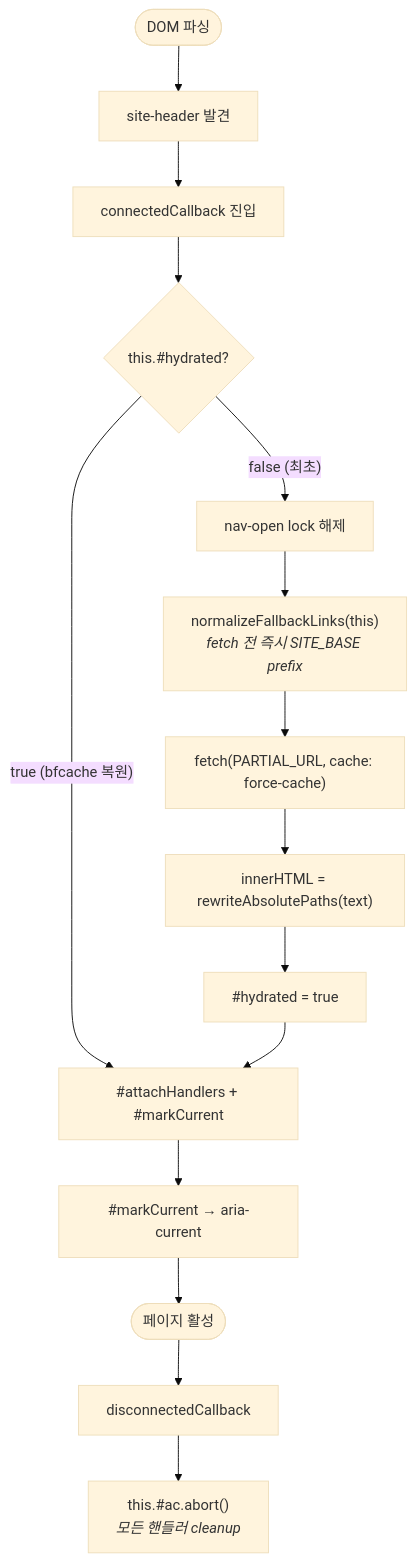
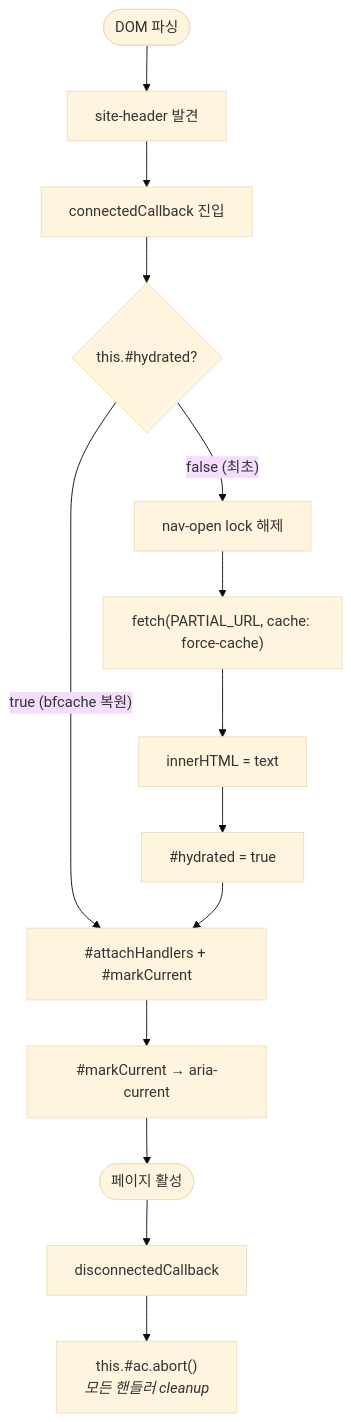
One commit to mayday-partners/namsan-green-summer changed the fourth of 4 diagrams in ARCHITECTURE.md. Above: the diagram before and after it, drawn with Mermaid (base theme). The commit also changed other lines of this file and 4 other files, not shown here.

First line of the commit message:
refactor(js): drop SITE_BASE / rewriteAbsolutePaths / normalizeFallbackLinks

````diff
--- a/ARCHITECTURE.md
+++ b/ARCHITECTURE.md
@@ -167,17 +166,16 @@
 ```mermaid
 flowchart TD
   PARSE([DOM 파싱]) --> FIND["site-header 발견"]
   FIND --> CC["connectedCallback 진입"]
   CC --> HYD{"this.#hydrated?"}
   HYD -- "true (bfcache 복원)" --> ATT["#attachHandlers + #markCurrent"]
   HYD -- "false (최초)" --> RESET["nav-open lock 해제"]
-  RESET --> NORM["normalizeFallbackLinks(this)<br/><i>fetch 전 즉시 SITE_BASE prefix</i>"]
-  NORM --> FETCH["fetch(PARTIAL_URL, cache: force-cache)"]
-  FETCH --> WRITE["innerHTML = rewriteAbsolutePaths(text)"]
+  RESET --> FETCH["fetch(PARTIAL_URL, cache: force-cache)"]
+  FETCH --> WRITE["innerHTML = text"]
   WRITE --> MARK["#hydrated = true"]
   MARK --> ATT
   ATT --> CURR["#markCurrent → aria-current"]
   CURR --> ACTIVE([페이지 활성])
   ACTIVE --> DISC["disconnectedCallback"]
   DISC --> ABORT["this.#ac.abort()<br/><i>모든 핸들러 cleanup</i>"]
 ```
````
